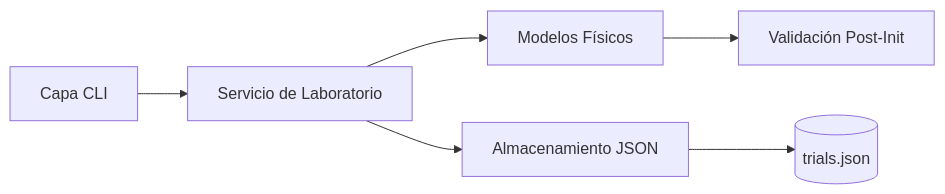
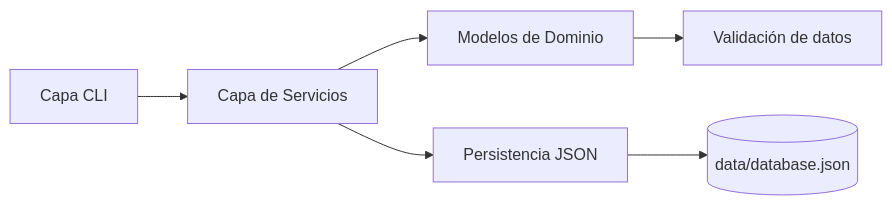
One commit to SamSof28/physilab-project changed the first of 2 diagrams in docs/index.md. Above: the diagram before and after it, drawn with Mermaid. The commit also changed other lines of this file and 5 other files, not shown here.

Commit message:
Enhance documentation across multiple files: clarify architecture, improve getting started guide, expand command usage, and detail data persistence structure.

````diff
--- a/docs/index.md
+++ b/docs/index.md
@@ -23,9 +31,8 @@
 ```mermaid
 flowchart LR
-    CLI[Capa CLI] --> Service[Servicio de Laboratorio]
-    Service --> Models[Modelos Físicos]
-    Service --> Storage[Almacenamiento JSON]
-    Models --> Validation[Validación Post-Init]
-    Storage --> JSON[(trials.json)]
-
+    CLI[Capa CLI] --> Service[Capa de Servicios]
+    Service --> Models[Modelos de Dominio]
+    Service --> Storage[Persistencia JSON]
+    Models --> Validation[Validación de datos]
+    Storage --> DB[(data/database.json)]
 ```
````
